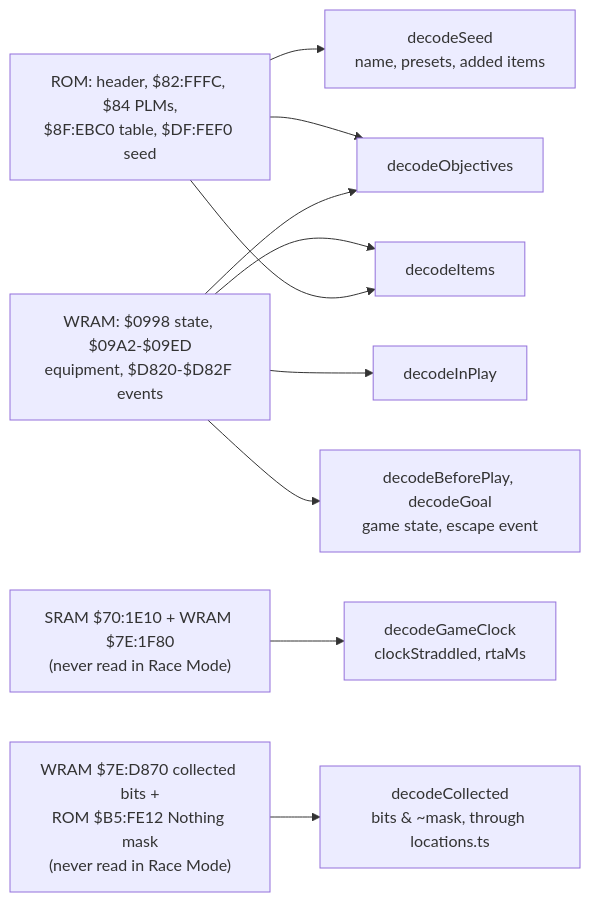
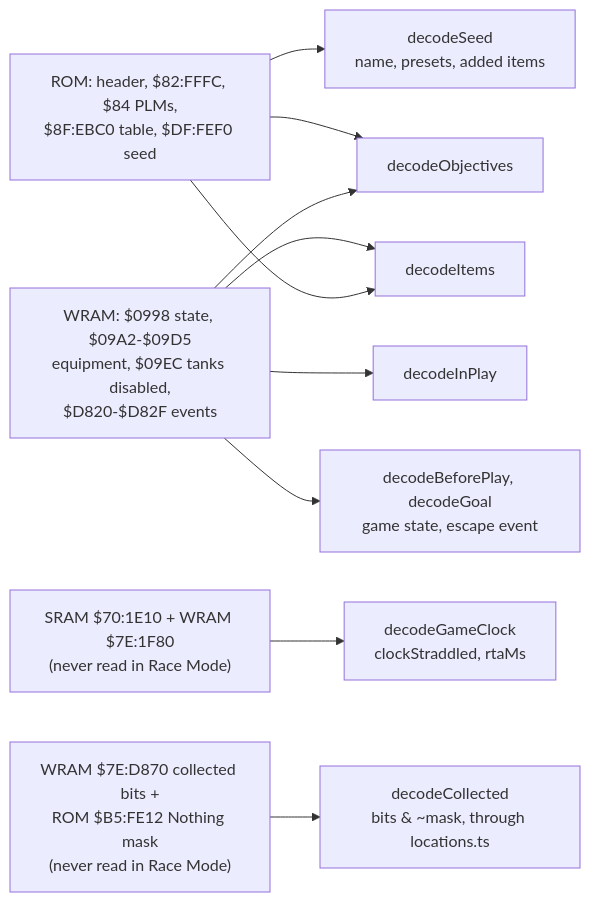
One commit to kqesar/alltp-tracker changed the diagram in packs/sm/README.md. Above: the diagram before and after it, drawn with Mermaid. The commit also changed other lines of this file and 3 other files, not shown here.

````diff
--- a/packs/sm/README.md
+++ b/packs/sm/README.md
@@ -33,12 +33,12 @@
 ```mermaid
 flowchart LR
   rom["ROM: header, $82:FFFC, $84 PLMs,<br/>$8F:EBC0 table, $DF:FEF0 seed"] --> seed["decodeSeed<br/>name, presets, added items"]
   rom --> obj["decodeObjectives"]
-  wram["WRAM: $0998 state, $09A2-$09ED<br/>equipment, $D820-$D82F events"] --> items["decodeItems"]
+  wram["WRAM: $0998 state, $09A2-$09D5<br/>equipment, $09EC tanks disabled,<br/>$D820-$D82F events"] --> items["decodeItems"]
   rom --> items
   wram --> obj
   wram --> play["decodeInPlay"]
   wram --> goal["decodeBeforePlay, decodeGoal<br/>game state, escape event"]
   clock["SRAM $70:1E10 + WRAM $7E:1F80<br/>(never read in Race Mode)"] --> rta["decodeGameClock<br/>clockStraddled, rtaMs"]
   bits["WRAM $7E:D870 collected bits +<br/>ROM $B5:FE12 Nothing mask<br/>(never read in Race Mode)"] --> locs["decodeCollected<br/>bits &amp; ~mask, through locations.ts"]
 ```
````
